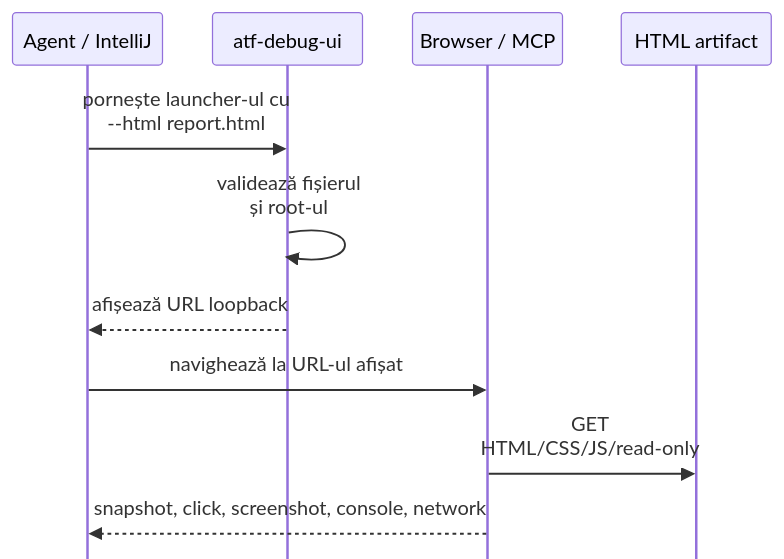
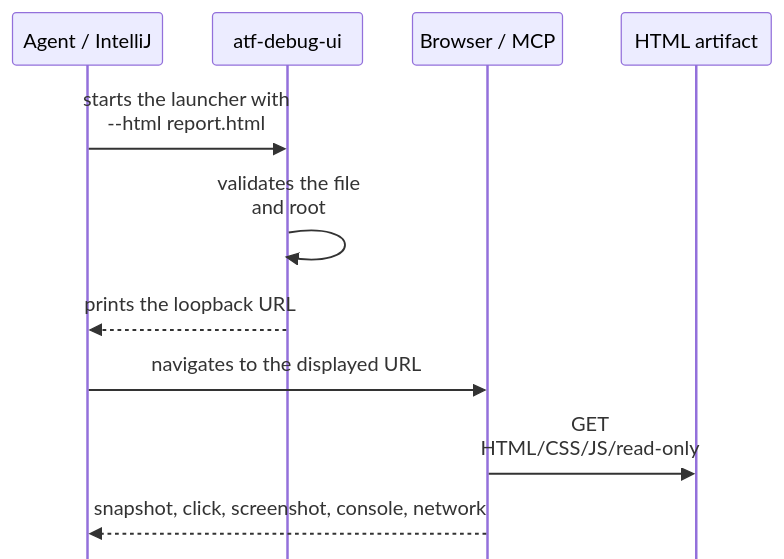
The diagram in atf-debug-ui/README.md (crististefanita/atf_j0), drawn with Mermaid before and after one commit. The commit also changed other lines of this file and 113 other files, not shown here.

````diff
--- a/atf-debug-ui/README.md
+++ b/atf-debug-ui/README.md
@@ -21,15 +26,15 @@
 ```mermaid
 %%{init: {"themeVariables":{"fontSize":"15px","actorFontSize":"15px","messageFontSize":"12px","noteFontSize":"12px"},"themeCSS":".actor { font-size: 15px !important; } .messageText, .labelText, .loopText, .noteText { font-size: 12px !important; }","sequence":{"actorFontSize":15,"messageFontSize":12,"noteFontSize":12,"width":120,"height":42,"actorMargin":40,"messageMargin":24,"mirrorActors":false,"wrap":true,"wrapPadding":6}}}%%
 sequenceDiagram
     participant A as Agent / IntelliJ
     participant D as atf-debug-ui
     participant P as Browser / MCP
     participant H as HTML artifact
 
-    A->>D: pornește launcher-ul cu --html report.html
-    D->>D: validează fișierul și root-ul
-    D-->>A: afișează URL loopback
-    A->>P: navighează la URL-ul afișat
+    A->>D: starts the launcher with --html report.html
+    D->>D: validates the file and root
+    D-->>A: prints the loopback URL
+    A->>P: navigates to the displayed URL
     P->>H: GET HTML/CSS/JS/read-only
     P-->>A: snapshot, click, screenshot, console, network
 ```
````
